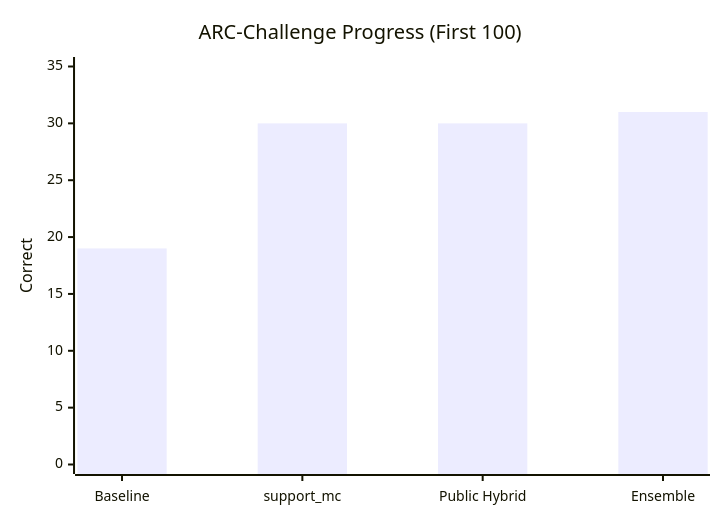
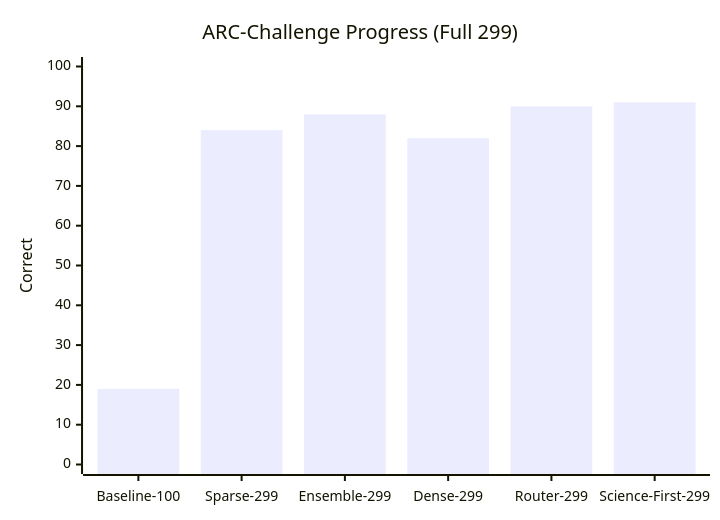
The first of 4 diagrams in README.md (NAME0x0/AVA), drawn with Mermaid before and after one commit. The commit also changed other lines of this file and 308 other files, not shown here.

Commit message:
feat(research): add science-first ARC retrieval milestone

````diff
--- a/README.md
+++ b/README.md
@@ -38,7 +47,7 @@
 ```mermaid
 xychart-beta
-    title "ARC-Challenge Progress (First 100)"
-    x-axis ["Baseline", "support_mc", "Public Hybrid", "Ensemble"]
-    y-axis "Correct" 0 --> 35
-    bar [19, 30, 30, 31]
+    title "ARC-Challenge Progress (Full 299)"
+    x-axis ["Baseline-100", "Sparse-299", "Ensemble-299", "Dense-299", "Router-299", "Science-First-299"]
+    y-axis "Correct" 0 --> 100
+    bar [19, 84, 88, 82, 90, 91]
 ```
````
